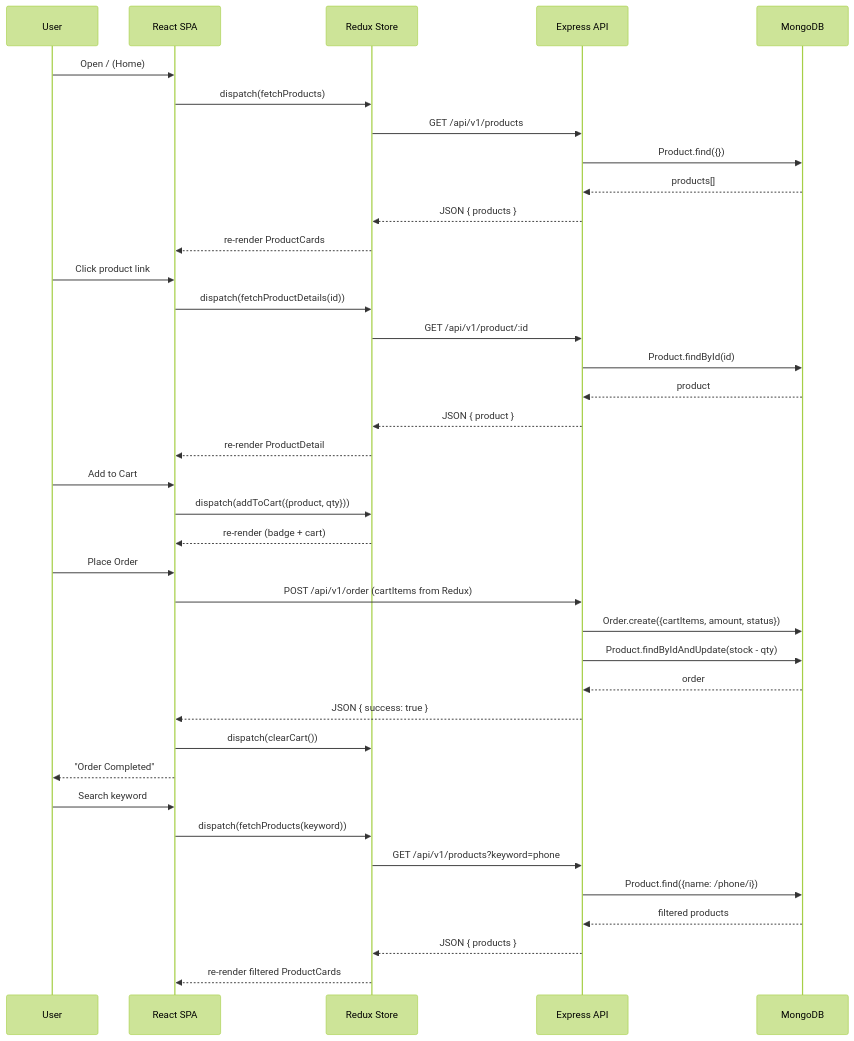
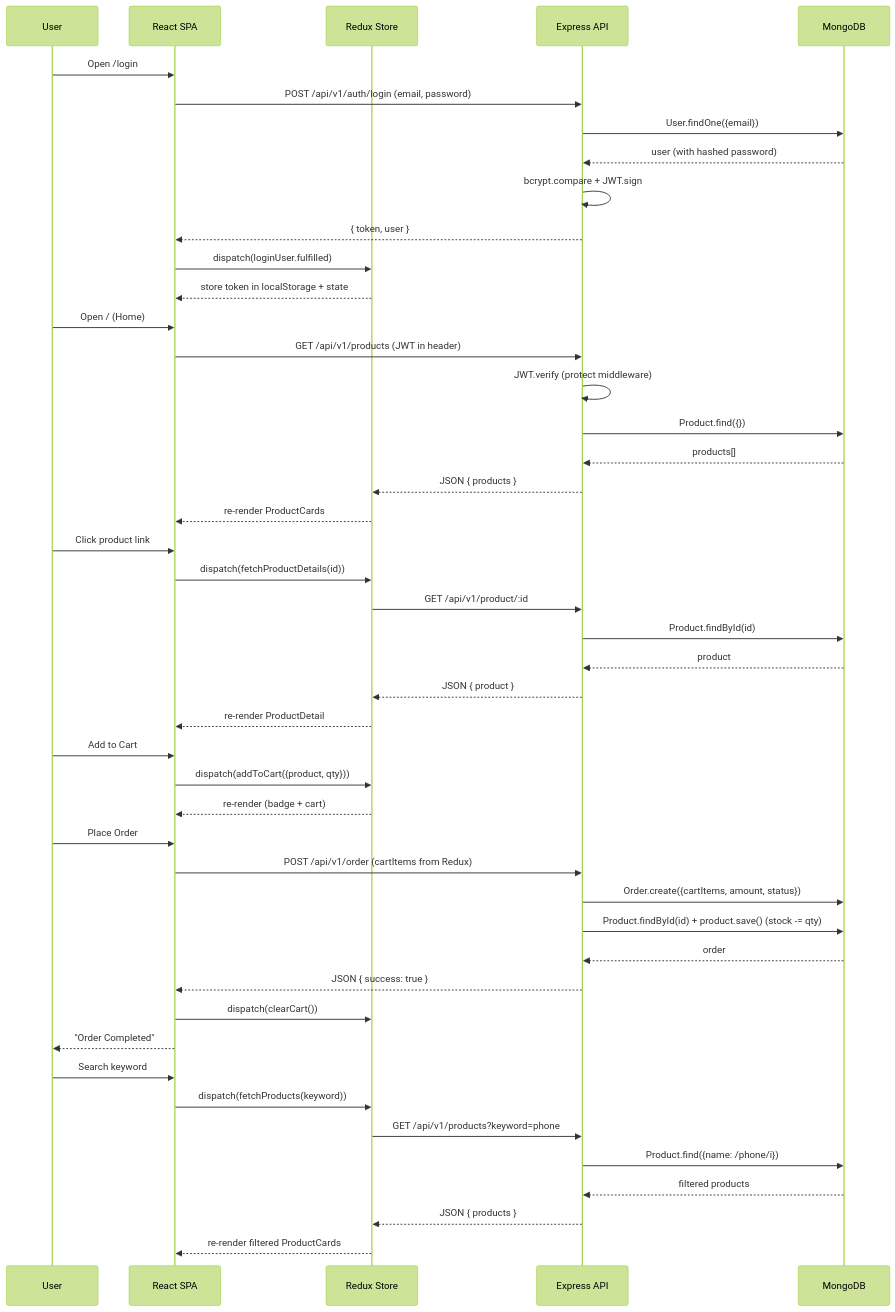
One commit to Makeshkumar103/Redux-Ecommerce changed the second of 3 diagrams in ARCHITECTURE.md. Above: the diagram before and after it, drawn with Mermaid (forest theme). The commit also changed other lines of this file and 20 other files, not shown here.

Commit message:
Auth login feature added installed bycrpt jsonwebtoken

````diff
--- a/ARCHITECTURE.md
+++ b/ARCHITECTURE.md
@@ -49,45 +63,54 @@
 ```mermaid
 sequenceDiagram
     participant User
     participant Browser as React SPA
     participant Redux as Redux Store
     participant API as Express API
     participant DB as MongoDB
 
+    User->>Browser: Open /login
+    Browser->>API: POST /api/v1/auth/login (email, password)
+    API->>DB: User.findOne({email})
+    DB-->>API: user (with hashed password)
+    API->>API: bcrypt.compare + JWT.sign
+    API-->>Browser: { token, user }
+    Browser->>Redux: dispatch(loginUser.fulfilled)
+    Redux-->>Browser: store token in localStorage + state
+
     User->>Browser: Open / (Home)
-    Browser->>Redux: dispatch(fetchProducts)
-    Redux->>API: GET /api/v1/products
+    Browser->>API: GET /api/v1/products (JWT in header)
+    API->>API: JWT.verify (protect middleware)
     API->>DB: Product.find({})
     DB-->>API: products[]
     API-->>Redux: JSON { products }
     Redux-->>Browser: re-render ProductCards
 
     User->>Browser: Click product link
     Browser->>Redux: dispatch(fetchProductDetails(id))
     Redux->>API: GET /api/v1/product/:id
     API->>DB: Product.findById(id)
     DB-->>API: product
     API-->>Redux: JSON { product }
     Redux-->>Browser: re-render ProductDetail
 
     User->>Browser: Add to Cart
     Browser->>Redux: dispatch(addToCart({product, qty}))
     Redux-->>Browser: re-render (badge + cart)
 
     User->>Browser: Place Order
     Browser->>API: POST /api/v1/order (cartItems from Redux)
     API->>DB: Order.create({cartItems, amount, status})
-    API->>DB: Product.findByIdAndUpdate(stock - qty)
+    API->>DB: Product.findById(id) + product.save() (stock -= qty)
     DB-->>API: order
     API-->>Browser: JSON { success: true }
     Browser->>Redux: dispatch(clearCart())
     Browser-->>User: "Order Completed"
 
     User->>Browser: Search keyword
     Browser->>Redux: dispatch(fetchProducts(keyword))
     Redux->>API: GET /api/v1/products?keyword=phone
     API->>DB: Product.find({name: /phone/i})
     DB-->>API: filtered products
     API-->>Redux: JSON { products }
     Redux-->>Browser: re-render filtered ProductCards
 ```
````
